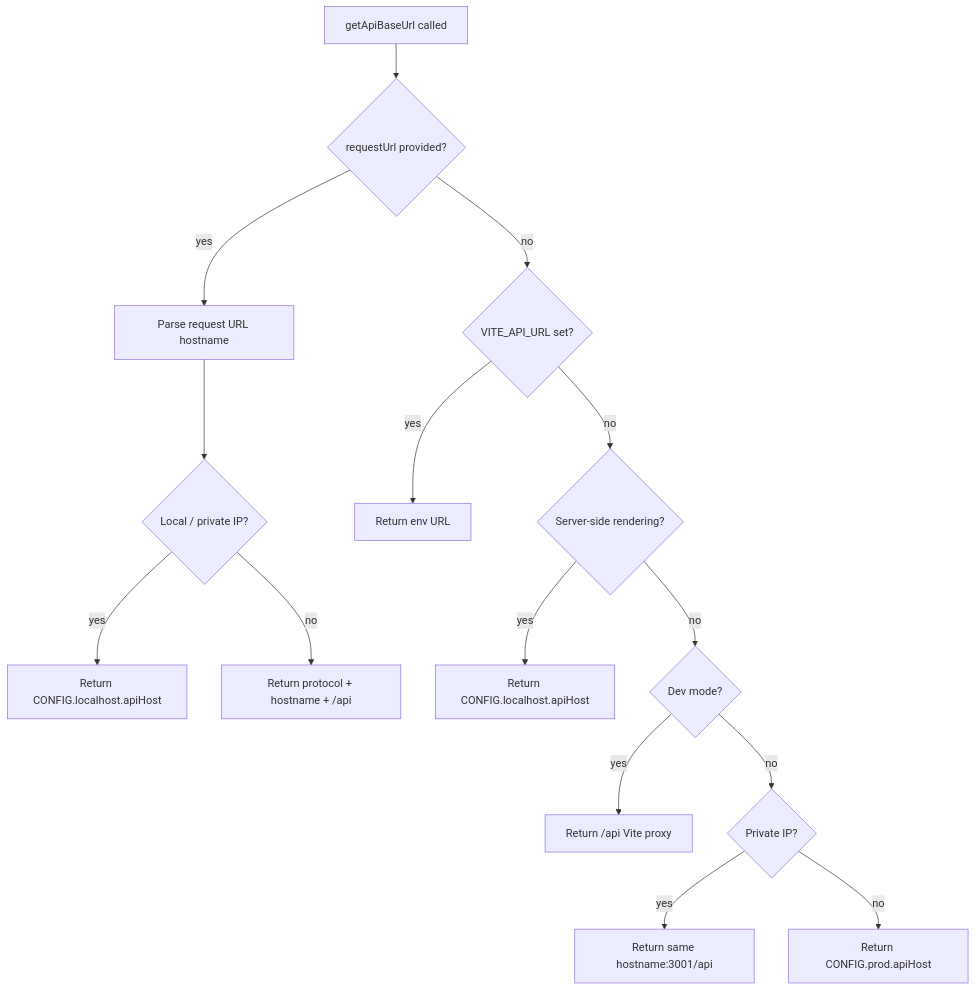
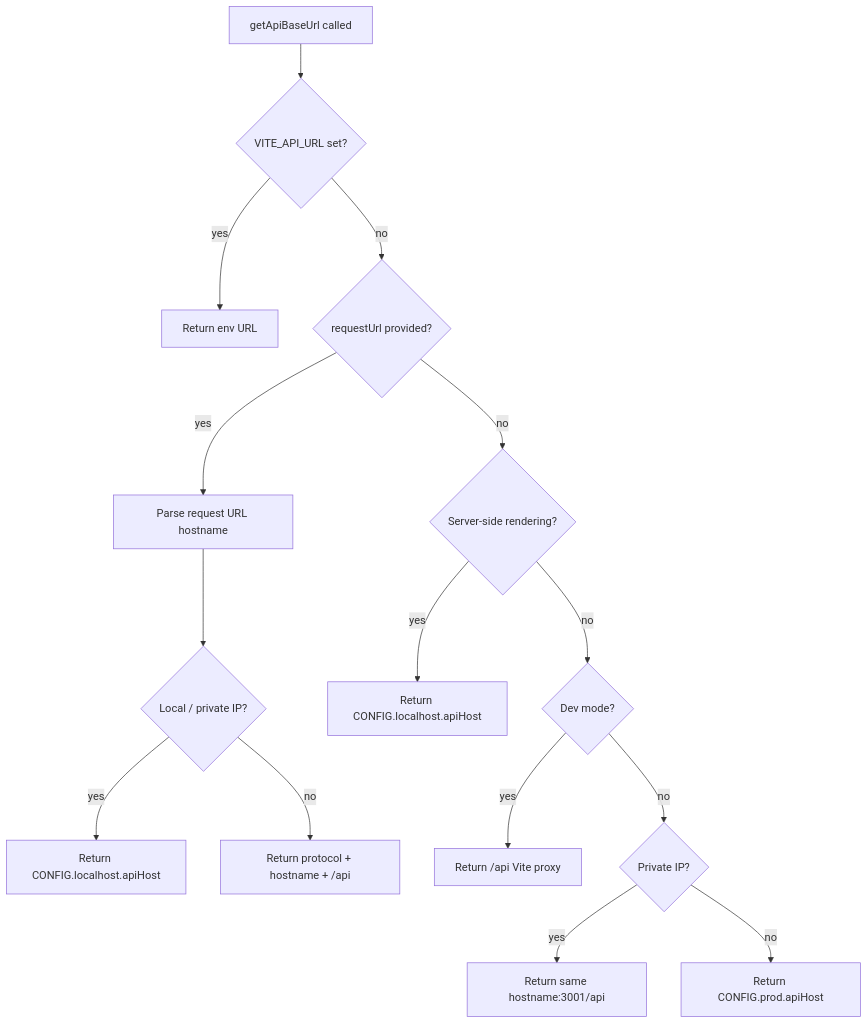
The diagram in packages/api/ARCHITECTURE.md (luciocabrera/lcabrera-stack), drawn with Mermaid before and after one commit. The commit also changed other lines of this file and 19 other files, not shown here.

First line of the commit message:
fix(api): rank VITE_API_URL above the SSR request URL (#718)

````diff
--- a/packages/api/ARCHITECTURE.md
+++ b/packages/api/ARCHITECTURE.md
@@ -56,17 +56,17 @@
 ```mermaid
 flowchart TD
-  A[getApiBaseUrl called] --> B{requestUrl provided?}
+  A[getApiBaseUrl called] --> G{VITE_API_URL set?}
+  G -- yes --> H[Return env URL]
+  G -- no --> B{requestUrl provided?}
   B -- yes --> C[Parse request URL hostname]
   C --> D{Local / private IP?}
   D -- yes --> E[Return CONFIG.localhost.apiHost]
   D -- no --> F[Return protocol + hostname + /api]
-  B -- no --> G{VITE_API_URL set?}
-  G -- yes --> H[Return env URL]
-  G -- no --> I{Server-side rendering?}
+  B -- no --> I{Server-side rendering?}
   I -- yes --> J[Return CONFIG.localhost.apiHost]
   I -- no --> K{Dev mode?}
   K -- yes --> L[Return /api Vite proxy]
   K -- no --> M{Private IP?}
   M -- yes --> N[Return same hostname:3001/api]
   M -- no --> O[Return CONFIG.prod.apiHost]
 ```
````
